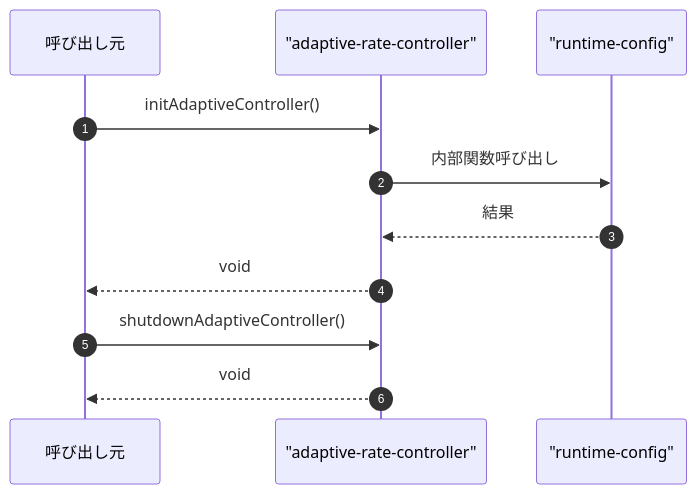
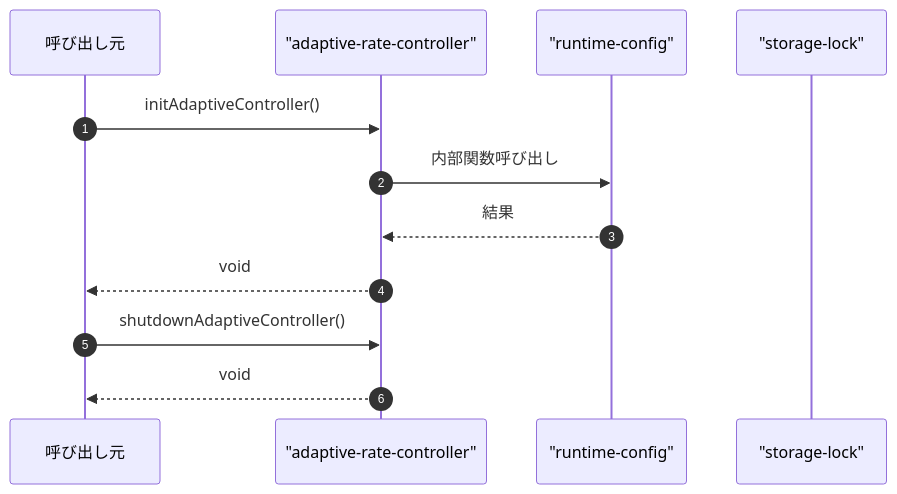
One commit to Mekann2904/mekann changed the fourth of 4 diagrams in ABDD/.pi/lib/adaptive-rate-controller.md. Above: the diagram before and after it, drawn with Mermaid. The commit also changed other lines of this file and 205 other files, not shown here.

````diff
--- a/ABDD/.pi/lib/adaptive-rate-controller.md
+++ b/ABDD/.pi/lib/adaptive-rate-controller.md
@@ -174,15 +170,16 @@
 ```mermaid
 sequenceDiagram
   autonumber
   participant Caller as 呼び出し元
   participant adaptive_rate_controller as "adaptive-rate-controller"
   participant runtime_config as "runtime-config"
+  participant storage_lock as "storage-lock"
 
   Caller->>adaptive_rate_controller: initAdaptiveController()
   adaptive_rate_controller->>runtime_config: 内部関数呼び出し
   runtime_config-->>adaptive_rate_controller: 結果
   adaptive_rate_controller-->>Caller: void
 
   Caller->>adaptive_rate_controller: shutdownAdaptiveController()
   adaptive_rate_controller-->>Caller: void
 ```
````
